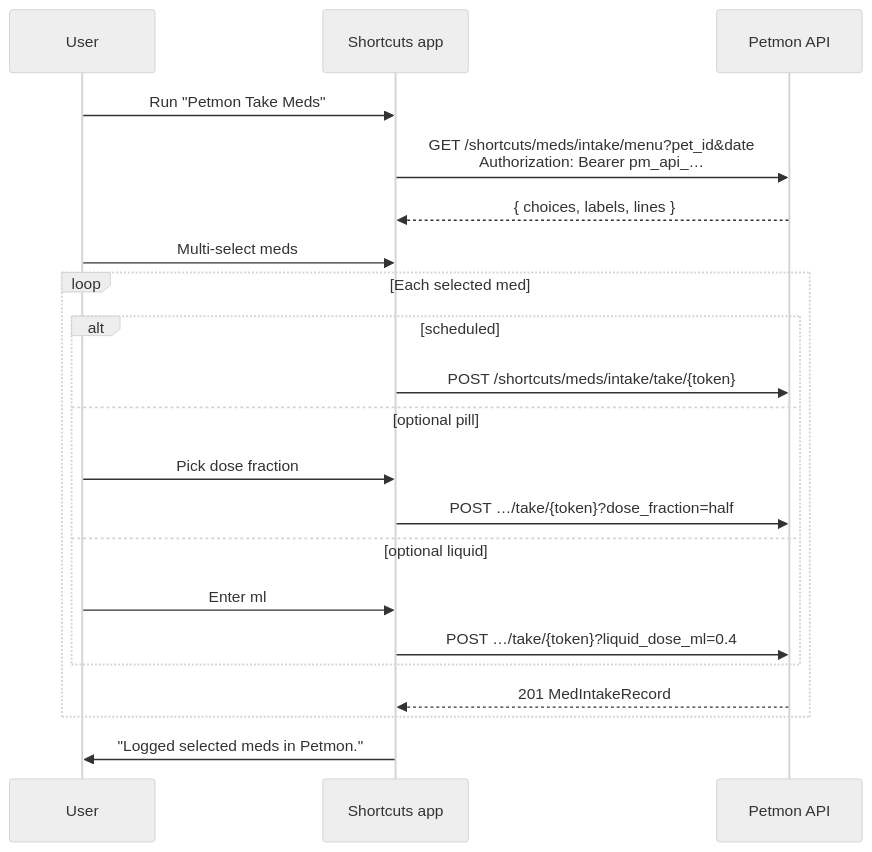
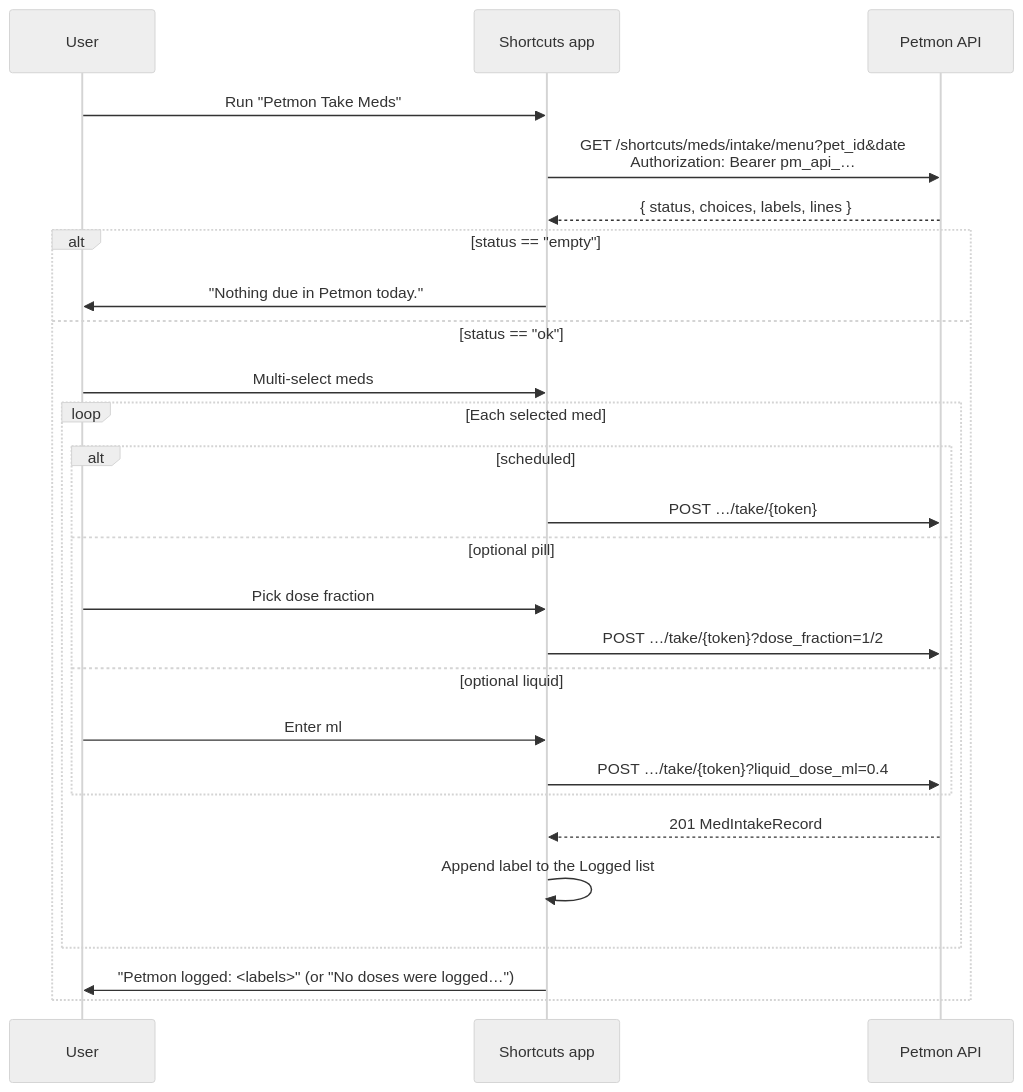
Before and after one commit to j0rsa/petmon: the diagram in docs/apple-shortcut-med-intake.md, drawn with Mermaid (neutral theme). The commit also changed other lines of this file and 20 other files, not shown here.

````diff
--- a/docs/apple-shortcut-med-intake.md
+++ b/docs/apple-shortcut-med-intake.md
@@ -9,24 +9,29 @@
 ```mermaid
 sequenceDiagram
   participant User
   participant Shortcuts as Shortcuts app
   participant API as Petmon API
 
   User->>Shortcuts: Run "Petmon Take Meds"
   Shortcuts->>API: GET /shortcuts/meds/intake/menu?pet_id&date<br/>Authorization: Bearer pm_api_…
-  API-->>Shortcuts: { choices, labels, lines }
-  User->>Shortcuts: Multi-select meds
-  loop Each selected med
-    alt scheduled
-      Shortcuts->>API: POST /shortcuts/meds/intake/take/{token}
-    else optional pill
-      User->>Shortcuts: Pick dose fraction
-      Shortcuts->>API: POST …/take/{token}?dose_fraction=half
-    else optional liquid
-      User->>Shortcuts: Enter ml
-      Shortcuts->>API: POST …/take/{token}?liquid_dose_ml=0.4
+  API-->>Shortcuts: { status, choices, labels, lines }
+  alt status == "empty"
+    Shortcuts->>User: "Nothing due in Petmon today."
+  else status == "ok"
+    User->>Shortcuts: Multi-select meds
+    loop Each selected med
+      alt scheduled
+        Shortcuts->>API: POST …/take/{token}
+      else optional pill
+        User->>Shortcuts: Pick dose fraction
+        Shortcuts->>API: POST …/take/{token}?dose_fraction=1/2
+      else optional liquid
+        User->>Shortcuts: Enter ml
+        Shortcuts->>API: POST …/take/{token}?liquid_dose_ml=0.4
+      end
+      API-->>Shortcuts: 201 MedIntakeRecord
+      Shortcuts->>Shortcuts: Append label to the Logged list
     end
-    API-->>Shortcuts: 201 MedIntakeRecord
+    Shortcuts->>User: "Petmon logged: <labels>" (or "No doses were logged…")
   end
-  Shortcuts->>User: "Logged selected meds in Petmon."
 ```
````
